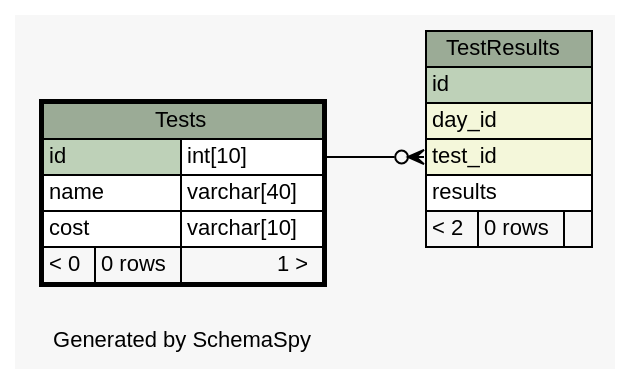
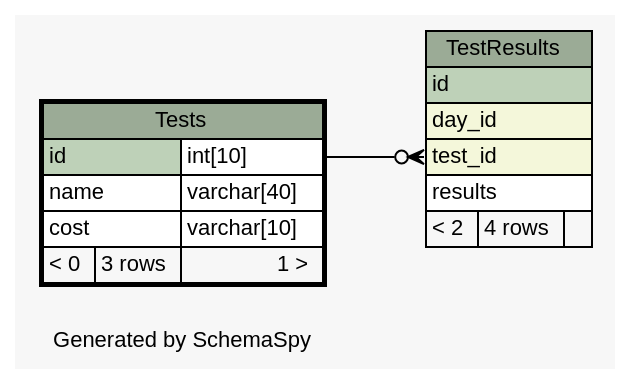
One commit to carrel2/CaseStudies changed the diagram in web/files/schema/diagrams/Tests.1degree.dot. Above: the diagram before and after it, drawn with Graphviz. The commit also changed 58 other files, not shown here.

Commit message:
Start to update controllers to use new database schema.

```diff
--- a/web/files/schema/diagrams/Tests.1degree.dot
+++ b/web/files/schema/diagrams/Tests.1degree.dot
@@ -1,48 +1,48 @@
 // dot 2.38.0 on Linux 4.4.0-62-generic
 // SchemaSpy rev 590
 digraph "oneDegreeRelationshipsDiagram" {
   graph [
     rankdir="RL"
     bgcolor="#f7f7f7"
     label="\nGenerated by SchemaSpy"
     labeljust="l"
     nodesep="0.18"
     ranksep="0.46"
     fontname="Helvetica"
     fontsize="11"
   ];
   node [
     fontname="Helvetica"
     fontsize="11"
     shape="plaintext"
   ];
   edge [
     arrowsize="0.8"
   ];
   "TestResults":"test_id":w -> "Tests":"id.type":e [arrowhead=none dir=back arrowtail=crowodot];
   "TestResults" [
     label=<
     <TABLE BORDER="0" CELLBORDER="1" CELLSPACING="0" BGCOLOR="#ffffff">
       <TR><TD COLSPAN="3" BGCOLOR="#9bab96" ALIGN="CENTER">TestResults</TD></TR>
       <TR><TD PORT="id" COLSPAN="3" BGCOLOR="#bed1b8" ALIGN="LEFT">id</TD></TR>
       <TR><TD PORT="day_id" COLSPAN="3" BGCOLOR="#f4f7da" ALIGN="LEFT">day_id</TD></TR>
       <TR><TD PORT="test_id" COLSPAN="3" BGCOLOR="#f4f7da" ALIGN="LEFT">test_id</TD></TR>
       <TR><TD PORT="results" COLSPAN="3" ALIGN="LEFT">results</TD></TR>
-      <TR><TD ALIGN="LEFT" BGCOLOR="#f7f7f7">&lt; 2</TD><TD ALIGN="RIGHT" BGCOLOR="#f7f7f7">0 rows</TD><TD ALIGN="RIGHT" BGCOLOR="#f7f7f7">  </TD></TR>
+      <TR><TD ALIGN="LEFT" BGCOLOR="#f7f7f7">&lt; 2</TD><TD ALIGN="RIGHT" BGCOLOR="#f7f7f7">4 rows</TD><TD ALIGN="RIGHT" BGCOLOR="#f7f7f7">  </TD></TR>
     </TABLE>>
     URL="TestResults.html"
     tooltip="TestResults"
   ];
   "Tests" [
     label=<
     <TABLE BORDER="2" CELLBORDER="1" CELLSPACING="0" BGCOLOR="#ffffff">
       <TR><TD COLSPAN="3" BGCOLOR="#9bab96" ALIGN="CENTER">Tests</TD></TR>
       <TR><TD PORT="id" COLSPAN="2" BGCOLOR="#bed1b8" ALIGN="LEFT">id</TD><TD PORT="id.type" ALIGN="LEFT">int[10]</TD></TR>
       <TR><TD PORT="name" COLSPAN="2" ALIGN="LEFT">name</TD><TD PORT="name.type" ALIGN="LEFT">varchar[40]</TD></TR>
       <TR><TD PORT="cost" COLSPAN="2" ALIGN="LEFT">cost</TD><TD PORT="cost.type" ALIGN="LEFT">varchar[10]</TD></TR>
-      <TR><TD ALIGN="LEFT" BGCOLOR="#f7f7f7">&lt; 0</TD><TD ALIGN="RIGHT" BGCOLOR="#f7f7f7">0 rows</TD><TD ALIGN="RIGHT" BGCOLOR="#f7f7f7">1 &gt;</TD></TR>
+      <TR><TD ALIGN="LEFT" BGCOLOR="#f7f7f7">&lt; 0</TD><TD ALIGN="RIGHT" BGCOLOR="#f7f7f7">3 rows</TD><TD ALIGN="RIGHT" BGCOLOR="#f7f7f7">1 &gt;</TD></TR>
     </TABLE>>
     URL="Tests.html"
     tooltip="Tests"
   ];
 }
```
